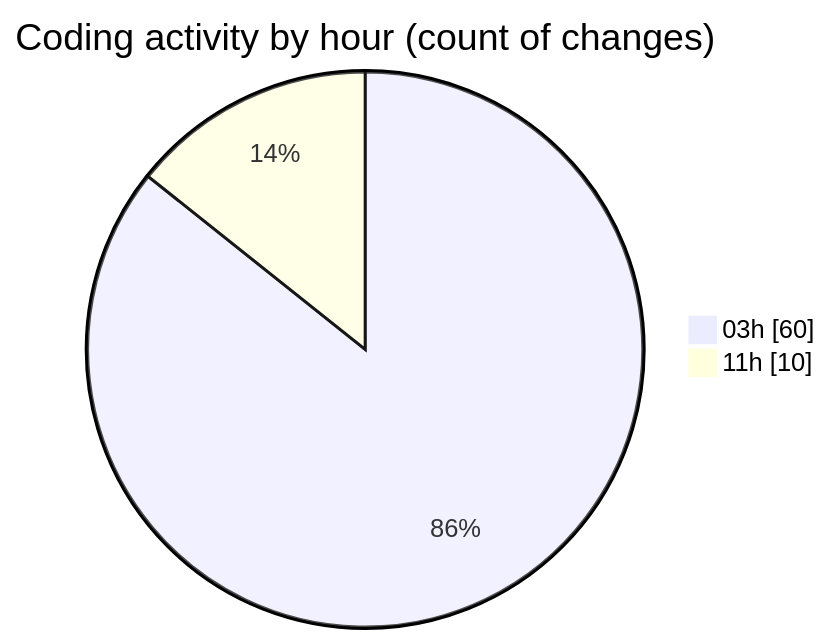
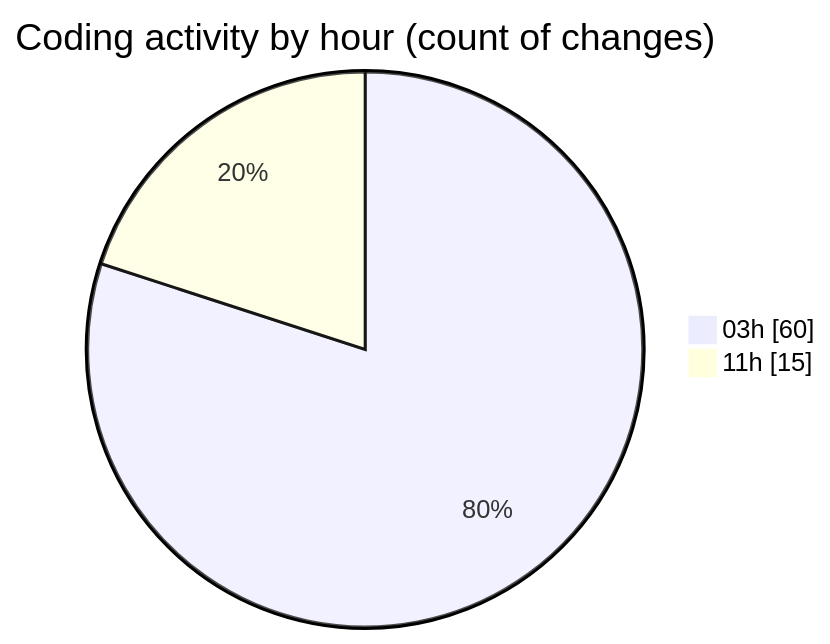
One commit to Ritupan-Deka/code-tracking changed the second of 2 diagrams in 2025-07-02/mern-thinkboard/README.md. Above: the diagram before and after it, drawn with Mermaid. The commit also changed other lines of this file and 1 other file, not shown here.

````diff
--- a/2025-07-02/mern-thinkboard/README.md
+++ b/2025-07-02/mern-thinkboard/README.md
@@ -31,6 +32,6 @@
 ```mermaid
 pie showData
 title Coding activity by hour (count of changes)
 "03h" : 60
-"11h" : 10
+"11h" : 15
 ```
````
